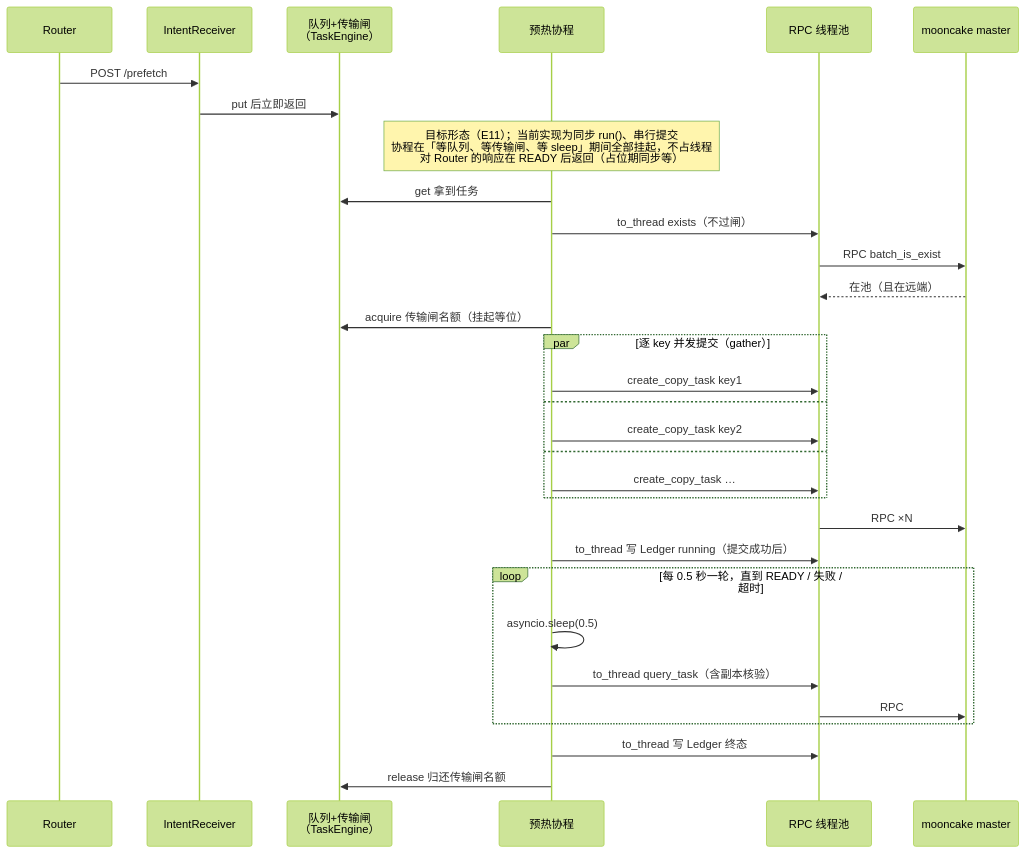
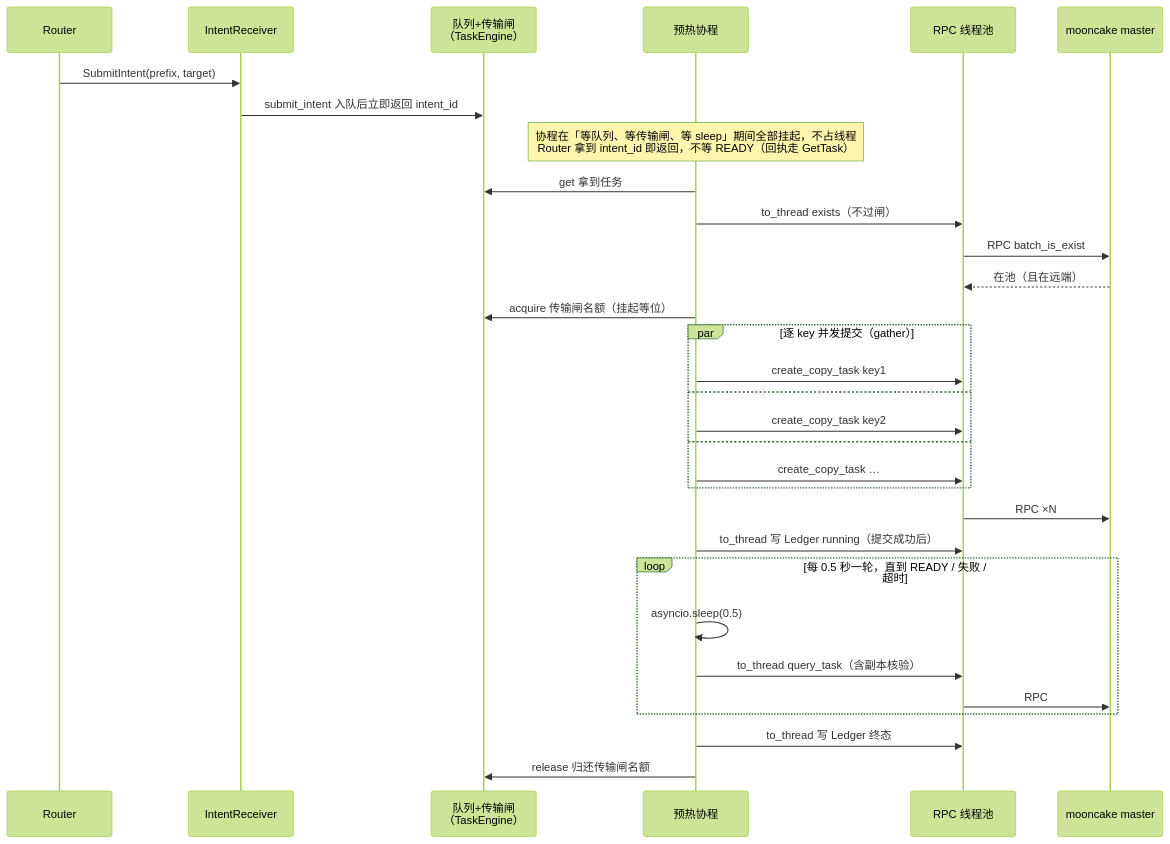
Before and after one commit to 5x8-40/lake: the seventh of 7 diagrams in kvcm/design/code-architecture.md, drawn with Mermaid (forest theme). The commit also changed other lines of this file, not shown here.

````diff
--- a/kvcm/design/code-architecture.md
+++ b/kvcm/design/code-architecture.md
@@ -440,34 +441,34 @@
 ```mermaid
 sequenceDiagram
     participant R as Router
     participant Recv as IntentReceiver
     participant Q as 队列+传输闸<br/>（TaskEngine）
     participant W as 预热协程
     participant Ex as RPC 线程池
     participant M as mooncake master
 
-    R->>Recv: POST /prefetch
-    Recv->>Q: put 后立即返回
-    Note over W: 目标形态（E11）；当前实现为同步 run()、串行提交<br/>协程在「等队列、等传输闸、等 sleep」期间全部挂起，不占线程<br/>对 Router 的响应在 READY 后返回（占位期同步等）
+    R->>Recv: SubmitIntent(prefix, target)
+    Recv->>Q: submit_intent 入队后立即返回 intent_id
+    Note over W: 协程在「等队列、等传输闸、等 sleep」期间全部挂起，不占线程<br/>Router 拿到 intent_id 即返回，不等 READY（回执走 GetTask）
     W->>Q: get 拿到任务
     W->>Ex: to_thread exists（不过闸）
     Ex->>M: RPC batch_is_exist
     M-->>Ex: 在池（且在远端）
     W->>Q: acquire 传输闸名额（挂起等位）
     par 逐 key 并发提交（gather）
         W->>Ex: create_copy_task key1
     and
         W->>Ex: create_copy_task key2
     and
         W->>Ex: create_copy_task …
     end
     Ex->>M: RPC ×N
     W->>Ex: to_thread 写 Ledger running（提交成功后）
     loop 每 0.5 秒一轮，直到 READY / 失败 / 超时
         W->>W: asyncio.sleep(0.5)
         W->>Ex: to_thread query_task（含副本核验）
         Ex->>M: RPC
     end
     W->>Ex: to_thread 写 Ledger 终态
     W->>Q: release 归还传输闸名额
 ```
````
